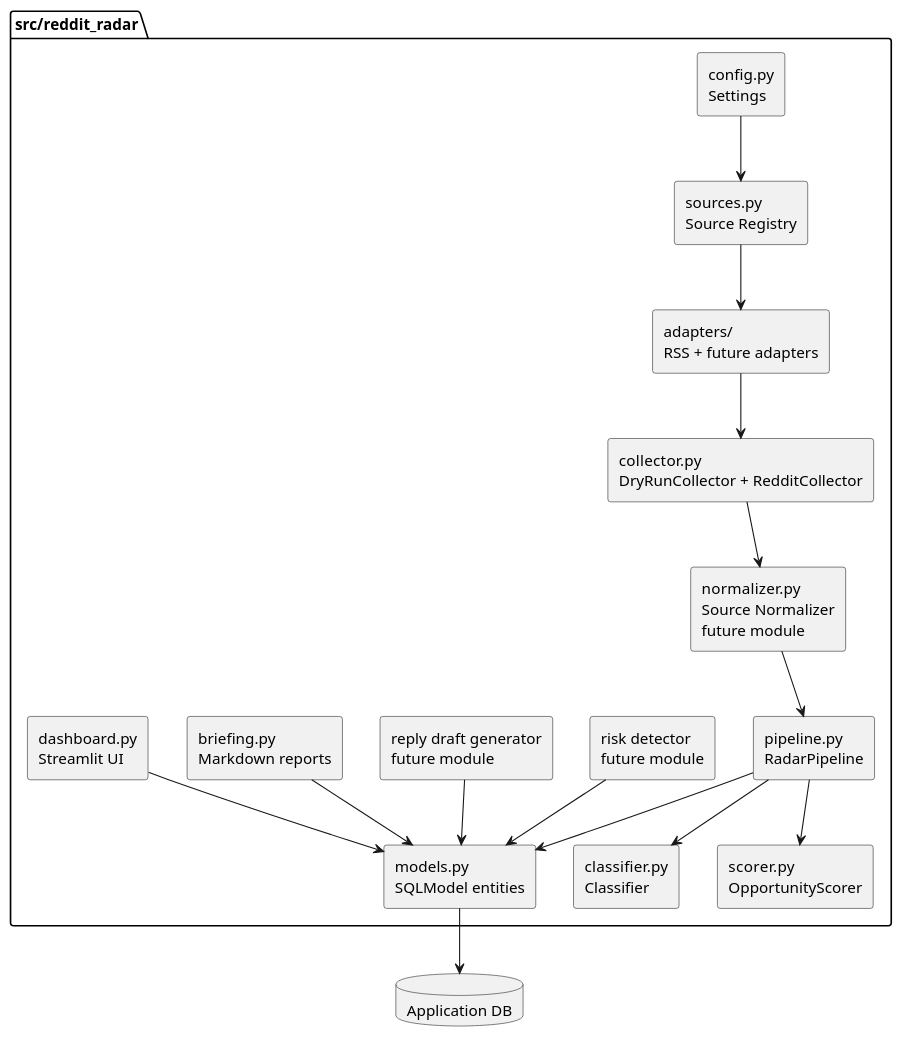
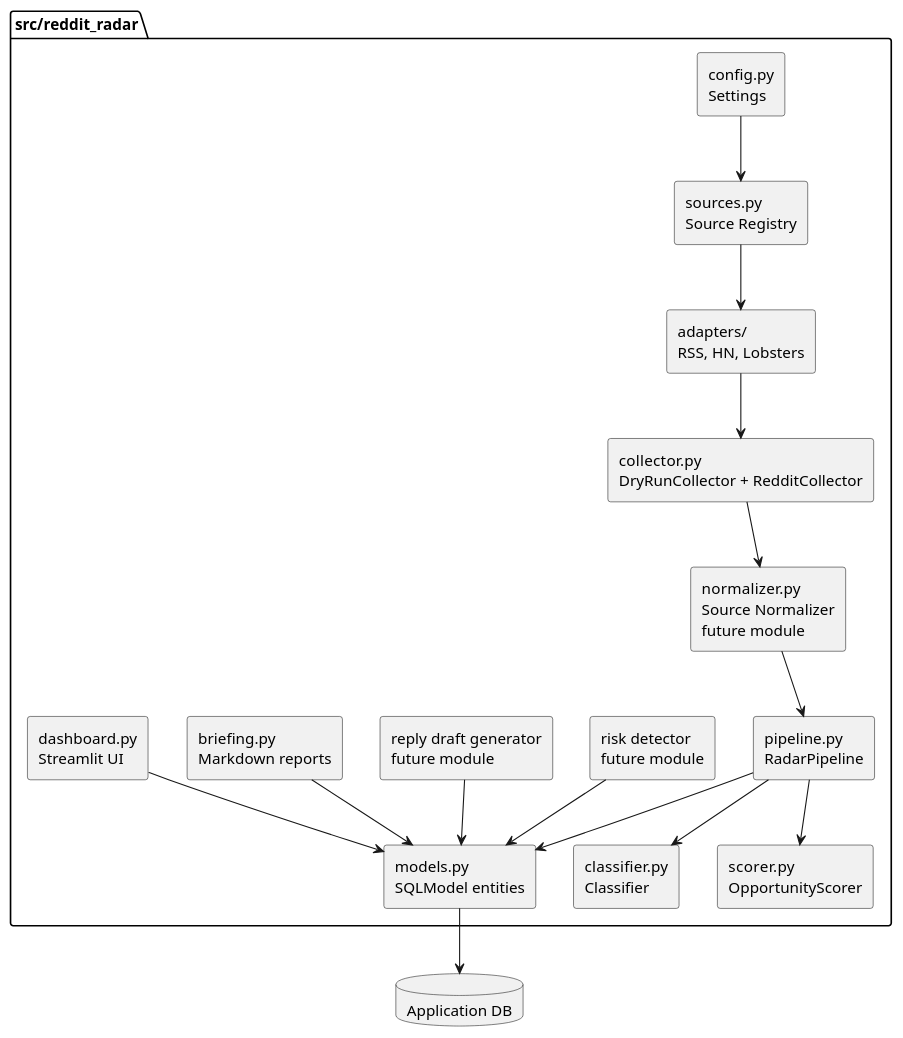
One commit to bprager/reddit-opportunity-agent changed the second of 3 diagrams in Docs/architecture.md. Above: the diagram before and after it, drawn with PlantUML. The commit also changed other lines of this file and 16 other files, not shown here.

````diff
--- a/Docs/architecture.md
+++ b/Docs/architecture.md
@@ -105,38 +106,38 @@
 ```plantuml
 @startuml
 skinparam componentStyle rectangle
 
 package "src/reddit_radar" {
   component "config.py\nSettings" as Config
   component "sources.py\nSource Registry" as Sources
-  component "adapters/\nRSS + future adapters" as Adapters
+  component "adapters/\nRSS, HN, Lobsters" as Adapters
   component "collector.py\nDryRunCollector + RedditCollector" as Collector
   component "normalizer.py\nSource Normalizer\nfuture module" as Normalizer
   component "pipeline.py\nRadarPipeline" as Pipeline
   component "classifier.py\nClassifier" as Classifier
   component "scorer.py\nOpportunityScorer" as Scorer
   component "risk detector\nfuture module" as Risk
   component "reply draft generator\nfuture module" as Drafts
   component "briefing.py\nMarkdown reports" as Briefing
   component "dashboard.py\nStreamlit UI" as Dashboard
   component "models.py\nSQLModel entities" as Models
 }
 
 database "Application DB" as DB
 
 Config --> Sources
 Sources --> Adapters
 Adapters --> Collector
 Collector --> Normalizer
 Normalizer --> Pipeline
 Pipeline --> Classifier
 Pipeline --> Scorer
 Pipeline --> Models
 Risk --> Models
 Drafts --> Models
 Briefing --> Models
 Dashboard --> Models
 Models --> DB
 
 @enduml
 ```
````
